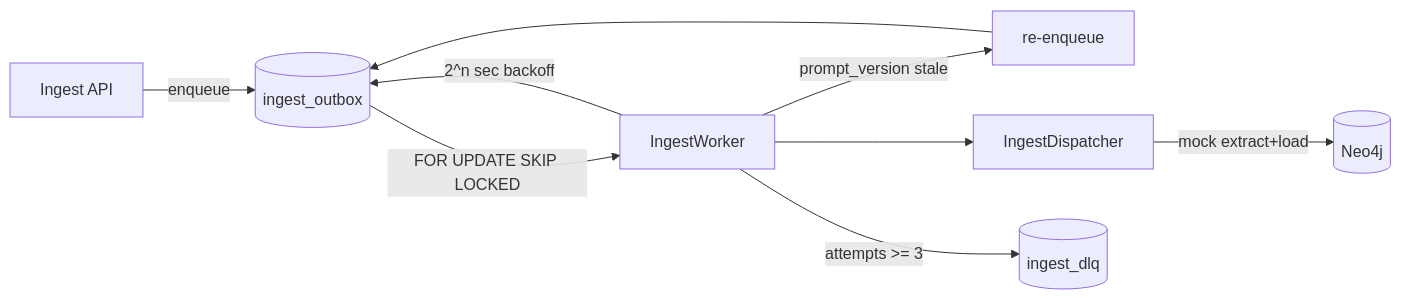
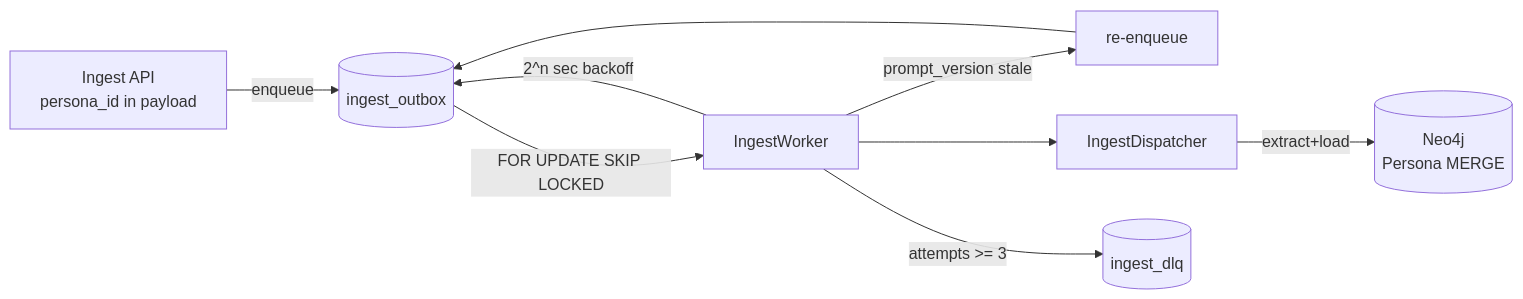
Before and after one commit to kakao4-KAKAMU/KAKAMU_DE: the diagram in docs/outbox_ingest.md, drawn with Mermaid. The commit also changed other lines of this file and 9 other files, not shown here.

````diff
--- a/docs/outbox_ingest.md
+++ b/docs/outbox_ingest.md
@@ -7,11 +10,11 @@
 ```mermaid
 flowchart LR
-    API[Ingest API] -->|enqueue| Outbox[(ingest_outbox)]
+    API[Ingest API<br/>persona_id in payload] -->|enqueue| Outbox[(ingest_outbox)]
     Outbox -->|FOR UPDATE SKIP LOCKED| Worker[IngestWorker]
     Worker -->|prompt_version stale| ReQ[re-enqueue]
     ReQ --> Outbox
     Worker --> Dispatcher[IngestDispatcher]
-    Dispatcher -->|mock extract+load| Neo4j[(Neo4j)]
+    Dispatcher -->|extract+load| Neo4j[(Neo4j<br/>Persona MERGE)]
     Worker -->|attempts >= 3| DLQ[(ingest_dlq)]
     Worker -->|2^n sec backoff| Outbox
 ```
````
